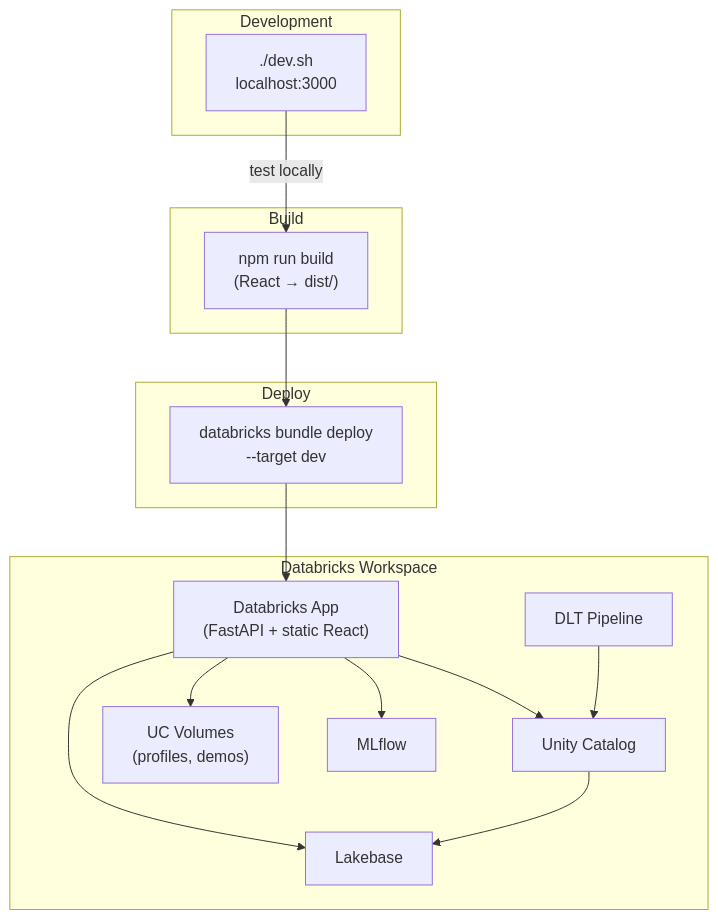
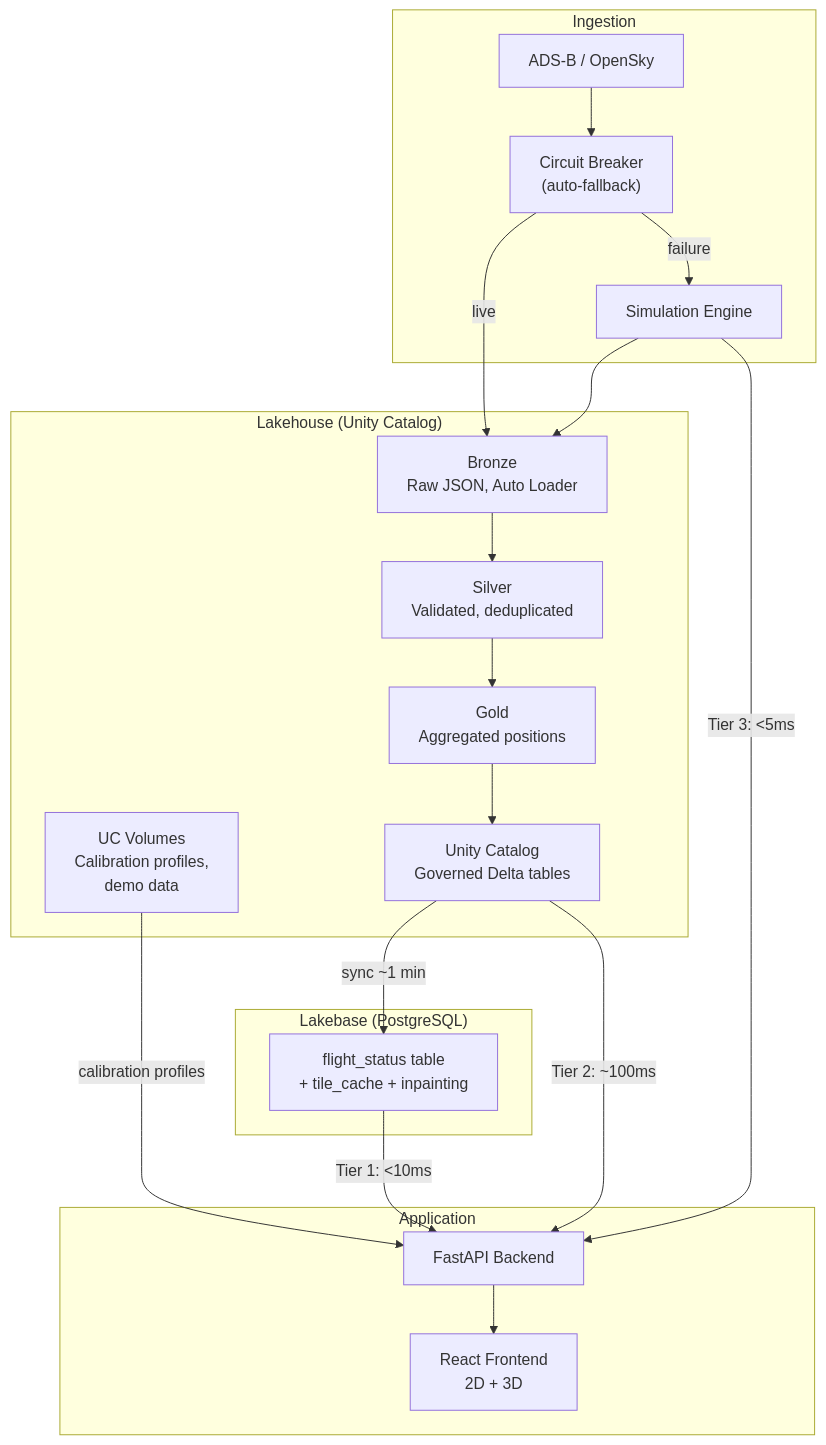
The third of 3 diagrams in README.md (LaurentPRAT-DB/databricks-airport-digital-twin), drawn with Mermaid before and after one commit. The commit also changed other lines of this file, not shown here.

````diff
--- a/README.md
+++ b/README.md
@@ -754,27 +454,35 @@
 ```mermaid
 graph TB
-    subgraph "Development"
-        DEV["./dev.sh<br/>localhost:3000"]
+    subgraph "Ingestion"
+        ADS["ADS-B / OpenSky"]
+        SYN["Simulation Engine"]
+        CB["Circuit Breaker<br/>(auto-fallback)"]
     end
 
-    subgraph "Build"
-        BUILD["npm run build<br/>(React → dist/)"]
+    subgraph "Lakehouse (Unity Catalog)"
+        B["Bronze<br/>Raw JSON, Auto Loader"]
+        S["Silver<br/>Validated, deduplicated"]
+        G["Gold<br/>Aggregated positions"]
+        UC["Unity Catalog<br/>Governed Delta tables"]
+        VOL["UC Volumes<br/>Calibration profiles,<br/>demo data"]
     end
 
-    subgraph "Deploy"
-        DAB["databricks bundle deploy<br/>--target dev"]
+    subgraph "Lakebase (PostgreSQL)"
+        LB["flight_status table<br/>+ tile_cache + inpainting"]
     end
 
-    subgraph "Databricks Workspace"
-        APP["Databricks App<br/>(FastAPI + static React)"]
-        UC["Unity Catalog"]
-        VOL["UC Volumes<br/>(profiles, demos)"]
-        LB["Lakebase"]
-        DLT["DLT Pipeline"]
-        MLF["MLflow"]
+    subgraph "Application"
+        API["FastAPI Backend"]
+        FE["React Frontend<br/>2D + 3D"]
     end
 
-    DEV -->|test locally| BUILD --> DAB --> APP
-    APP --> UC & VOL & LB & MLF
-    DLT --> UC --> LB
+    ADS --> CB -->|live| B
+    CB -->|failure| SYN --> B
+    B --> S --> G --> UC
+    UC -->|sync ~1 min| LB
+    VOL -->|calibration profiles| API
+    LB -->|"Tier 1: <10ms"| API
+    UC -->|"Tier 2: ~100ms"| API
+    SYN -->|"Tier 3: <5ms"| API
+    API --> FE
 ```
````
